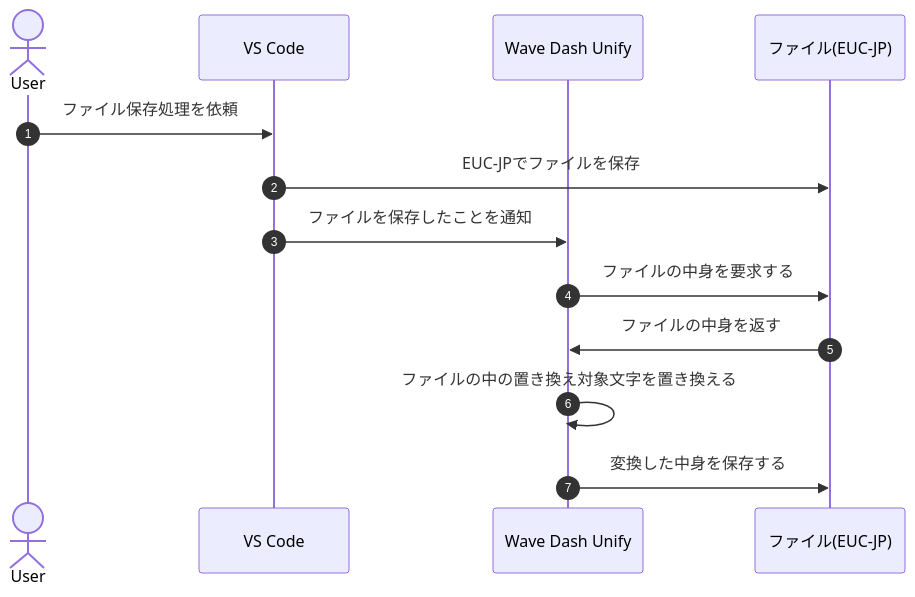
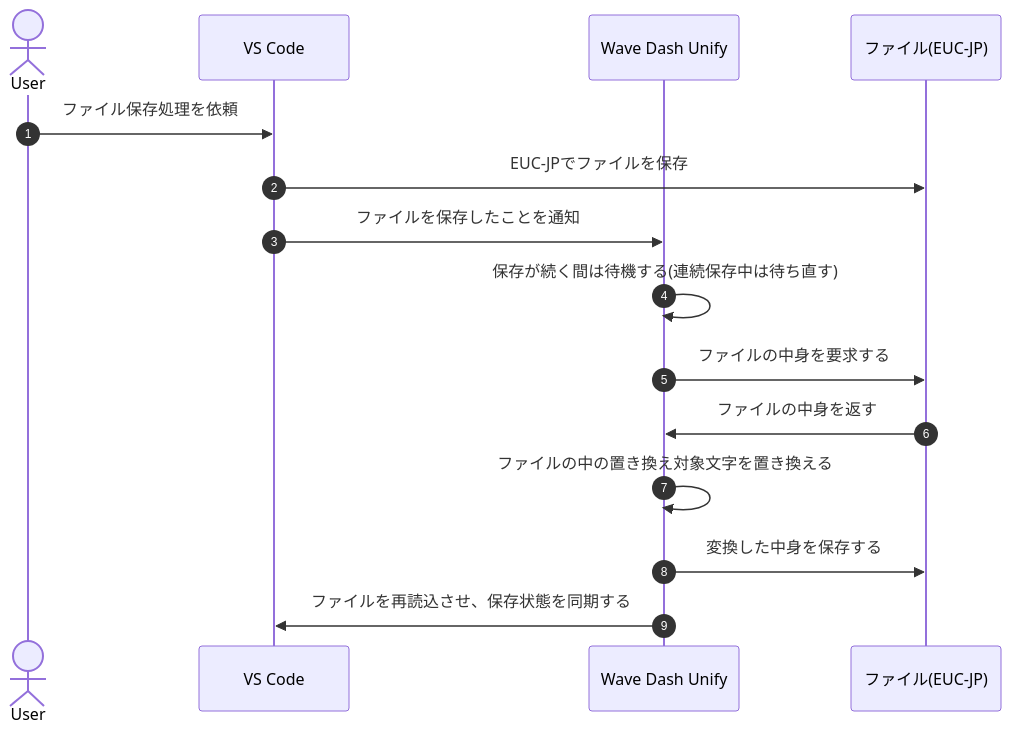
One commit to yutotnh/wave-dash-unify changed the diagram in README.md. Above: the diagram before and after it, drawn with Mermaid. The commit also changed other lines of this file and 2 other files, not shown here.

First line of the commit message:
docs: issue #13 の解消に伴いKnown Issuesと処理フロー図を更新

````diff
--- a/README.md
+++ b/README.md
@@ -29,17 +29,19 @@
 ```mermaid
 sequenceDiagram
     autonumber
 
     actor User
     participant vscode as VS Code
     participant extension as Wave Dash Unify
     participant file as ファイル(EUC-JP)
 
     User ->> vscode: ファイル保存処理を依頼
     vscode ->> file: EUC-JPでファイルを保存
     vscode ->> extension: ファイルを保存したことを通知
+    extension ->> extension: 保存が続く間は待機する(連続保存中は待ち直す)
     extension ->> file: ファイルの中身を要求する
     file ->> extension: ファイルの中身を返す
     extension ->> extension: ファイルの中の置き換え対象文字を置き換える
     extension ->> file: 変換した中身を保存する
+    extension ->> vscode: ファイルを再読込させ、保存状態を同期する
 ```
````
